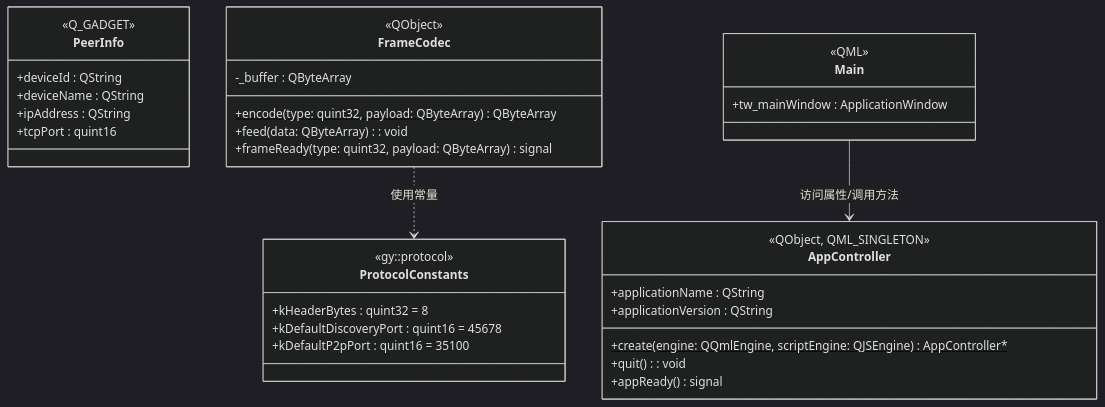
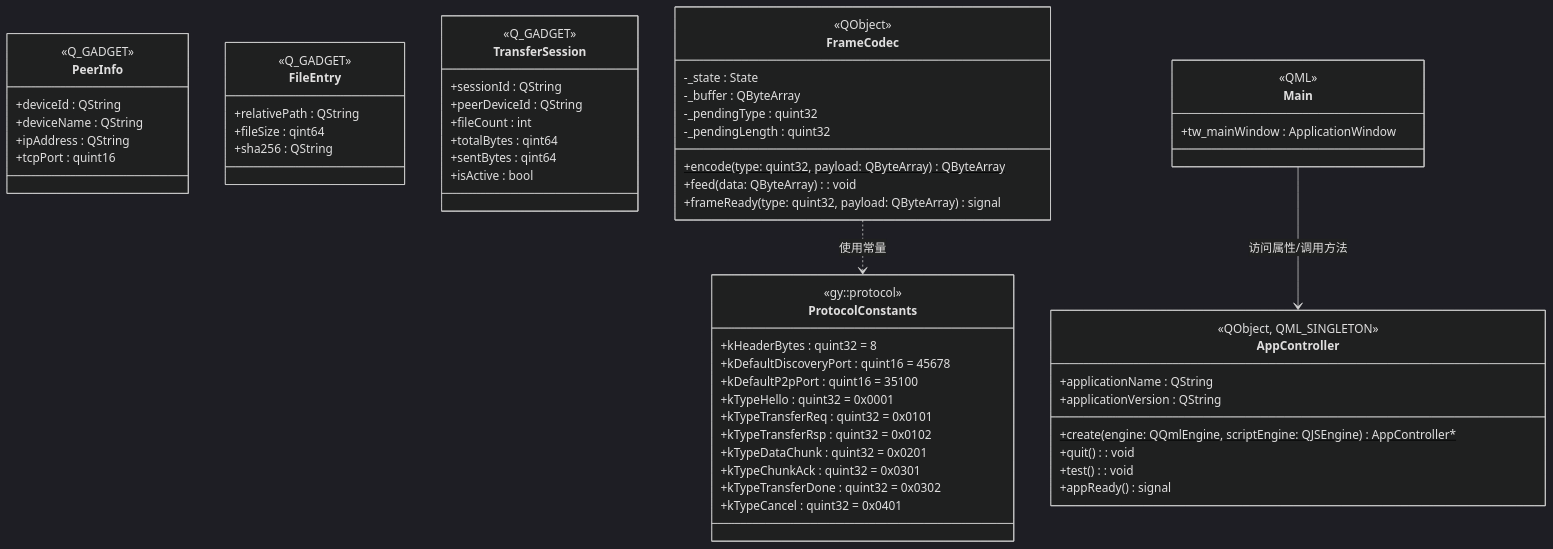
The diagram in doc/diagrams/class-diagram.md (Gsheep0729/GridYard), drawn with Mermaid (dark theme) before and after one commit. The commit also changed other lines of this file and 10 other files, not shown here.

````diff
--- a/doc/diagrams/class-diagram.md
+++ b/doc/diagrams/class-diagram.md
@@ -3,45 +3,73 @@
 ```mermaid
 classDiagram
     %% 共享层（shared/）
     class ProtocolConstants {
         <<gy::protocol>>
         +kHeaderBytes : quint32 = 8
         +kDefaultDiscoveryPort : quint16 = 45678
         +kDefaultP2pPort : quint16 = 35100
+        +kTypeHello : quint32 = 0x0001
+        +kTypeTransferReq : quint32 = 0x0101
+        +kTypeTransferRsp : quint32 = 0x0102
+        +kTypeDataChunk : quint32 = 0x0201
+        +kTypeChunkAck : quint32 = 0x0301
+        +kTypeTransferDone : quint32 = 0x0302
+        +kTypeCancel : quint32 = 0x0401
     }
 
     class PeerInfo {
         <<Q_GADGET>>
         +deviceId : QString
         +deviceName : QString
         +ipAddress : QString
         +tcpPort : quint16
     }
 
+    class FileEntry {
+        <<Q_GADGET>>
+        +relativePath : QString
+        +fileSize : qint64
+        +sha256 : QString
+    }
+
+    class TransferSession {
+        <<Q_GADGET>>
+        +sessionId : QString
+        +peerDeviceId : QString
+        +fileCount : int
+        +totalBytes : qint64
+        +sentBytes : qint64
+        +isActive : bool
+    }
+
     class FrameCodec {
         <<QObject>>
+        -_state : State
         -_buffer : QByteArray
+        -_pendingType : quint32
+        -_pendingLength : quint32
         +encode(type: quint32, payload: QByteArray)$ QByteArray
         +feed(data: QByteArray) : void
         +frameReady(type: quint32, payload: QByteArray) signal
     }
 
     %% 客户端层（client/）
     class AppController {
         <<QObject, QML_SINGLETON>>
         +applicationName : QString
         +applicationVersion : QString
         +create(engine: QQmlEngine, scriptEngine: QJSEngine)$ AppController*
         +quit() : void
+        +test() : void
         +appReady() signal
     }
 
     class Main {
         <<QML>>
         +tw_mainWindow : ApplicationWindow
     }
 
     %% 关系
     FrameCodec ..> ProtocolConstants : 使用常量
     Main --> AppController : 访问属性/调用方法
 ```
````
